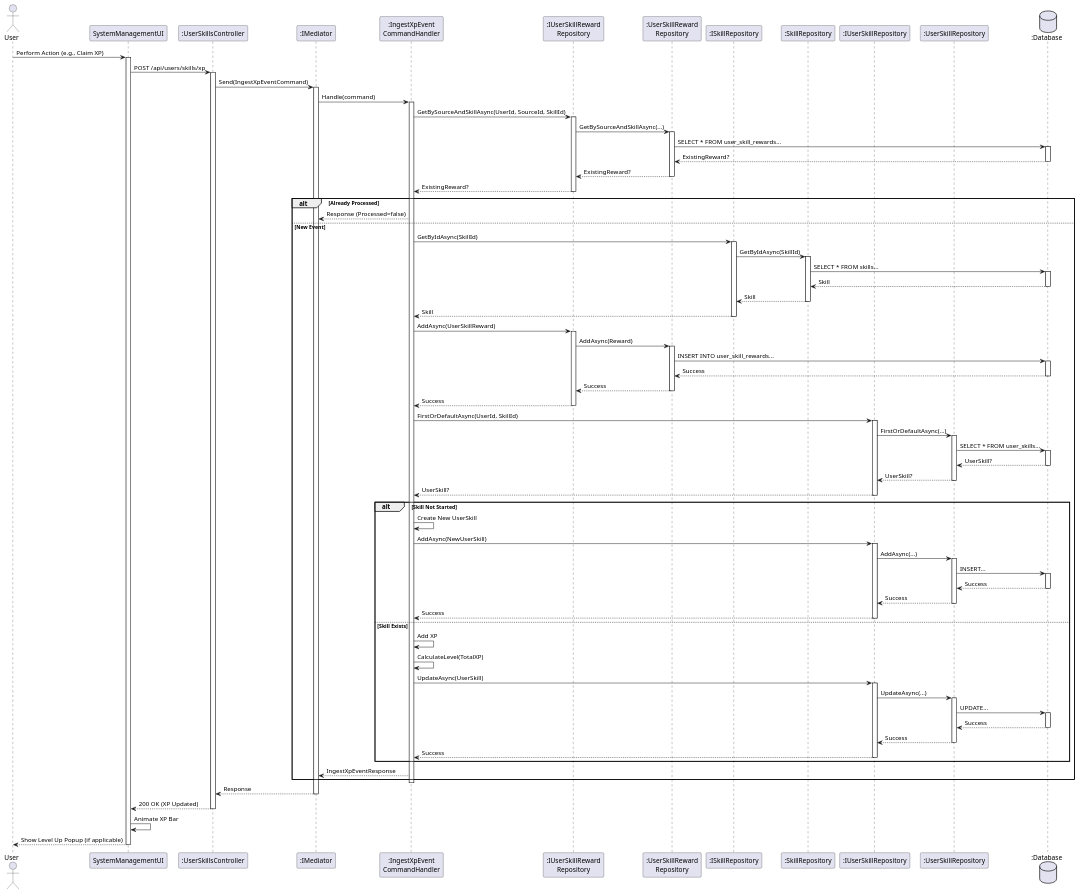
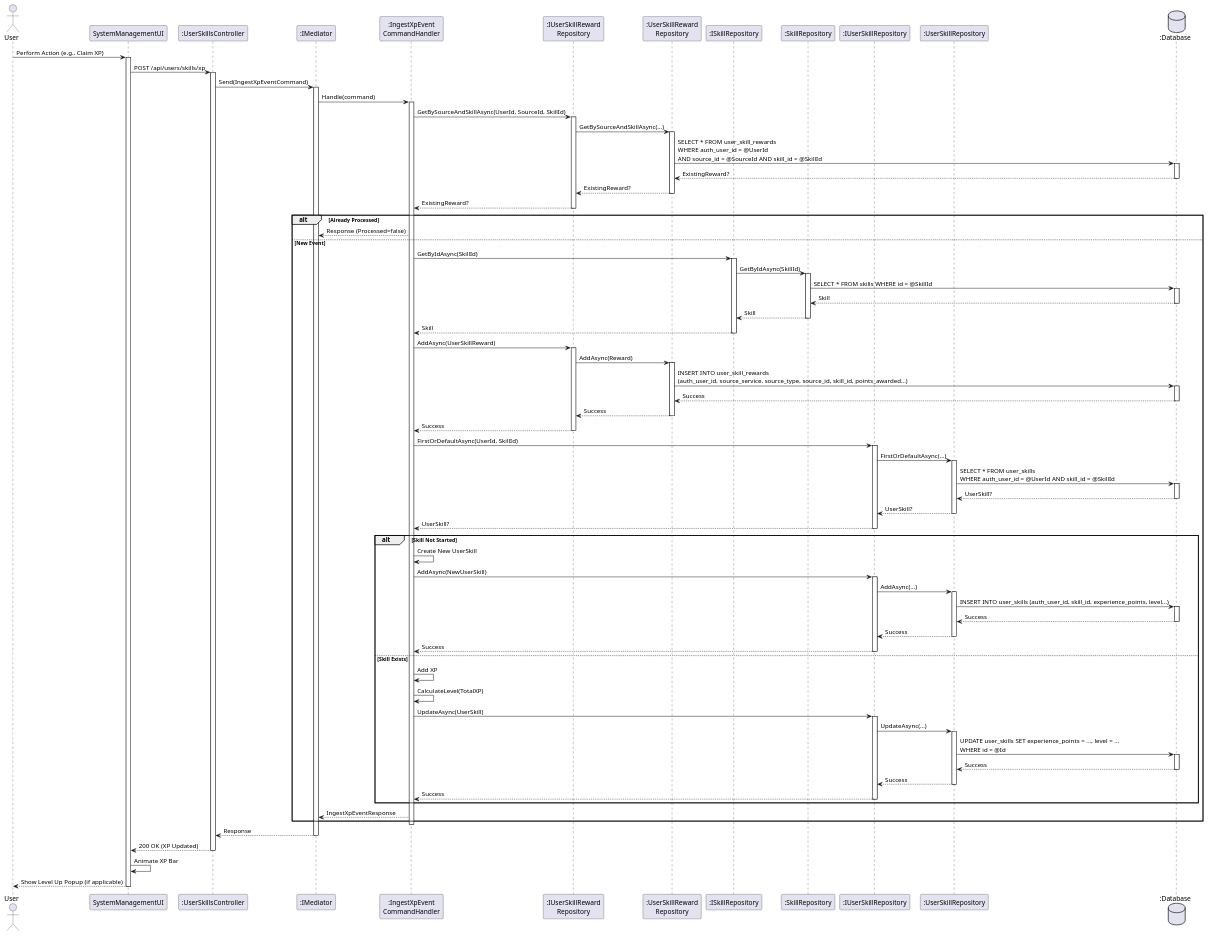
The diagram in docs/srs/diagrams/sequence-diagram/quest-learning/xp-ingestion-seq.puml (FA25SE050-RogueLearn/RogueLearn.BMAD.Documentation), drawn with PlantUML before and after one commit. The commit also changed 4 other files, not shown here.

```diff
--- a/docs/srs/diagrams/sequence-diagram/quest-learning/xp-ingestion-seq.puml
+++ b/docs/srs/diagrams/sequence-diagram/quest-learning/xp-ingestion-seq.puml
@@ -1,130 +1,136 @@
 @startuml
 actor User
 participant SystemManagementUI as UI
 participant ":UserSkillsController" as Controller
 participant ":IMediator" as Med
 participant ":IngestXpEvent\nCommandHandler" as Handler
 participant ":IUserSkillReward\nRepository" as IRewardRepo
 participant ":UserSkillReward\nRepository" as RewardRepo
 participant ":ISkillRepository" as ISkillRepo
 participant ":SkillRepository" as SkillRepo
 participant ":IUserSkillRepository" as IUserSkillRepo
 participant ":UserSkillRepository" as UserSkillRepo
 database ":Database" as DB
 
 User -> UI : Perform Action (e.g., Claim XP)
 activate UI
 
 UI -> Controller : POST /api/users/skills/xp
 activate Controller
 
 Controller -> Med : Send(IngestXpEventCommand)
 activate Med
 
 Med -> Handler : Handle(command)
 activate Handler
 
 ' 1. Idempotency Check
 Handler -> IRewardRepo : GetBySourceAndSkillAsync(UserId, SourceId, SkillId)
 activate IRewardRepo
 IRewardRepo -> RewardRepo : GetBySourceAndSkillAsync(...)
 activate RewardRepo
-RewardRepo -> DB : SELECT * FROM user_skill_rewards...
+' Analyzed: Matches user_skill_rewards table columns
+RewardRepo -> DB : SELECT * FROM user_skill_rewards \nWHERE auth_user_id = @UserId \nAND source_id = @SourceId AND skill_id = @SkillId
 activate DB
 DB --> RewardRepo : ExistingReward?
 deactivate DB
 RewardRepo --> IRewardRepo : ExistingReward?
 deactivate RewardRepo
 IRewardRepo --> Handler : ExistingReward?
 deactivate IRewardRepo
 
 alt Already Processed
     Handler --> Med : Response (Processed=false)
 else New Event
     ' 2. Validate Skill
     Handler -> ISkillRepo : GetByIdAsync(SkillId)
     activate ISkillRepo
     ISkillRepo -> SkillRepo : GetByIdAsync(SkillId)
     activate SkillRepo
-    SkillRepo -> DB : SELECT * FROM skills...
+    ' Analyzed: Matches skills table
+    SkillRepo -> DB : SELECT * FROM skills WHERE id = @SkillId
     activate DB
     DB --> SkillRepo : Skill
     deactivate DB
     SkillRepo --> ISkillRepo : Skill
     deactivate SkillRepo
     ISkillRepo --> Handler : Skill
     deactivate ISkillRepo
 
     ' 3. Record History
     Handler -> IRewardRepo : AddAsync(UserSkillReward)
     activate IRewardRepo
     IRewardRepo -> RewardRepo : AddAsync(Reward)
     activate RewardRepo
-    RewardRepo -> DB : INSERT INTO user_skill_rewards...
+    ' Analyzed: Inserts audit log into user_skill_rewards
+    RewardRepo -> DB : INSERT INTO user_skill_rewards \n(auth_user_id, source_service, source_type, source_id, skill_id, points_awarded...)
     activate DB
     DB --> RewardRepo : Success
     deactivate DB
     RewardRepo --> IRewardRepo : Success
     deactivate RewardRepo
     IRewardRepo --> Handler : Success
     deactivate IRewardRepo
 
     ' 4. Update User Progress
     Handler -> IUserSkillRepo : FirstOrDefaultAsync(UserId, SkillId)
     activate IUserSkillRepo
     IUserSkillRepo -> UserSkillRepo : FirstOrDefaultAsync(...)
     activate UserSkillRepo
-    UserSkillRepo -> DB : SELECT * FROM user_skills...
+    ' Analyzed: Matches user_skills table
+    UserSkillRepo -> DB : SELECT * FROM user_skills \nWHERE auth_user_id = @UserId AND skill_id = @SkillId
     activate DB
     DB --> UserSkillRepo : UserSkill?
     deactivate DB
     UserSkillRepo --> IUserSkillRepo : UserSkill?
     deactivate UserSkillRepo
     IUserSkillRepo --> Handler : UserSkill?
     deactivate IUserSkillRepo
 
     alt Skill Not Started
         Handler -> Handler : Create New UserSkill
         Handler -> IUserSkillRepo : AddAsync(NewUserSkill)
         activate IUserSkillRepo
         IUserSkillRepo -> UserSkillRepo : AddAsync(...)
         activate UserSkillRepo
-        UserSkillRepo -> DB : INSERT...
+        ' Analyzed: First time earning this skill
+        UserSkillRepo -> DB : INSERT INTO user_skills (auth_user_id, skill_id, experience_points, level...)
         activate DB
         DB --> UserSkillRepo : Success
         deactivate DB
         UserSkillRepo --> IUserSkillRepo : Success
         deactivate UserSkillRepo
         IUserSkillRepo --> Handler : Success
         deactivate IUserSkillRepo
     else Skill Exists
         Handler -> Handler : Add XP
         Handler -> Handler : CalculateLevel(TotalXP)
         Handler -> IUserSkillRepo : UpdateAsync(UserSkill)
         activate IUserSkillRepo
         IUserSkillRepo -> UserSkillRepo : UpdateAsync(...)
         activate UserSkillRepo
-        UserSkillRepo -> DB : UPDATE...
+        ' Analyzed: Update existing skill progress
+        UserSkillRepo -> DB : UPDATE user_skills SET experience_points = ..., level = ... \nWHERE id = @Id
         activate DB
         DB --> UserSkillRepo : Success
         deactivate DB
         UserSkillRepo --> IUserSkillRepo : Success
         deactivate UserSkillRepo
         IUserSkillRepo --> Handler : Success
         deactivate IUserSkillRepo
     end
 
     Handler --> Med : IngestXpEventResponse
 end
 
 deactivate Handler
 Med --> Controller : Response
 deactivate Med
 
 Controller --> UI : 200 OK (XP Updated)
 deactivate Controller
 
 UI -> UI : Animate XP Bar
 UI --> User : Show Level Up Popup (if applicable)
 deactivate UI
 @enduml
```
